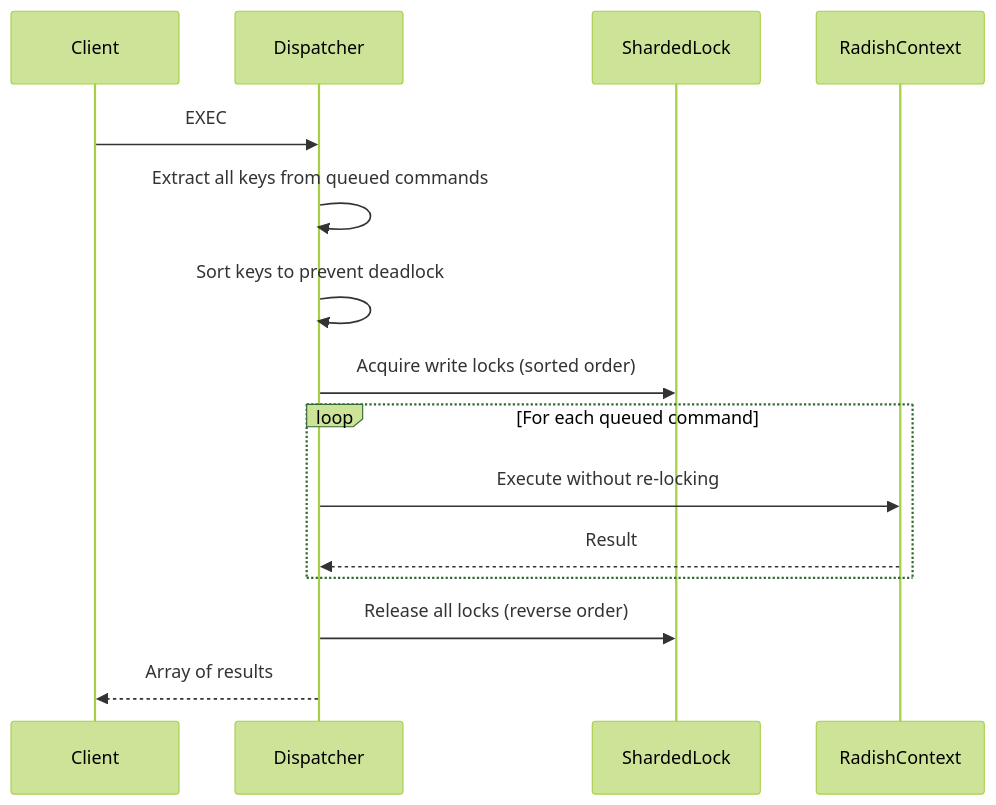
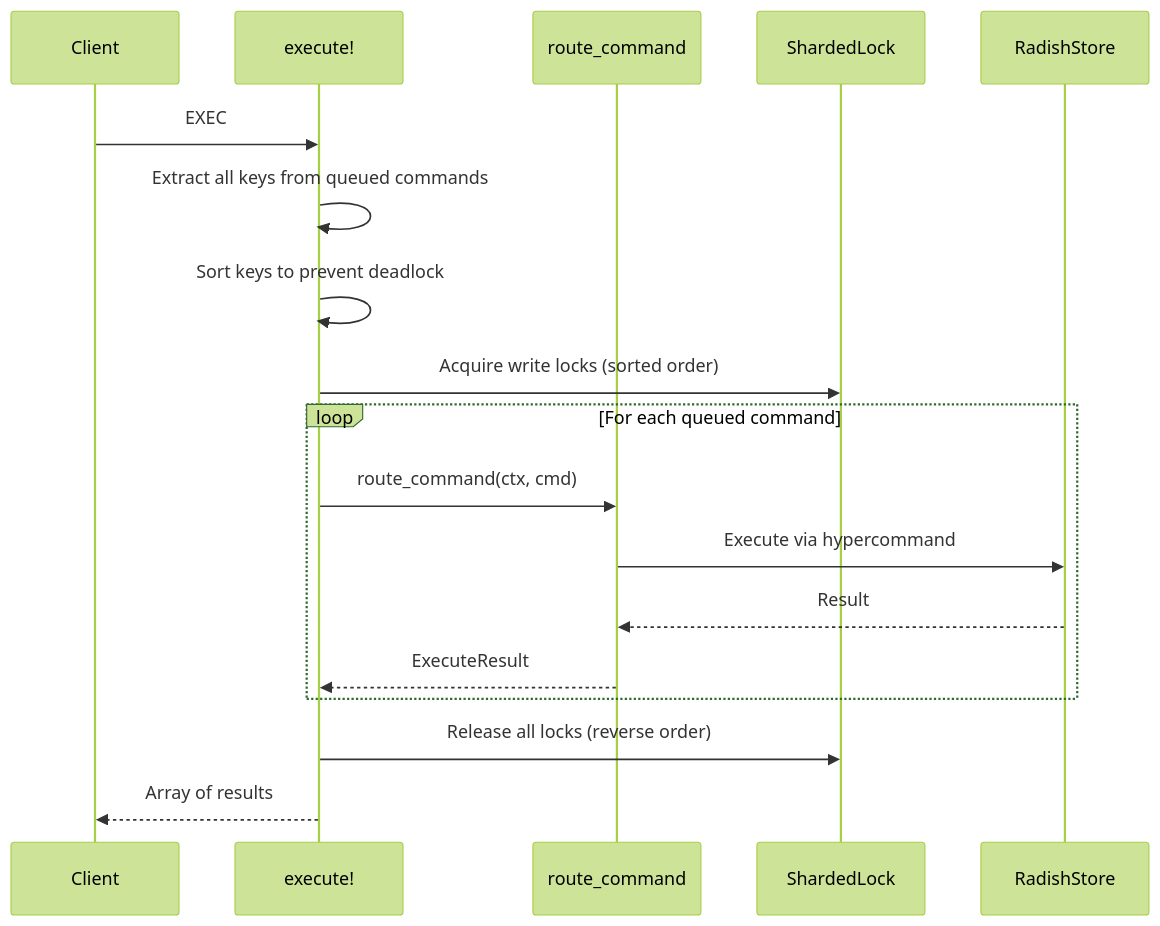
Before and after one commit to fabioscantamburlo/Radish: the diagram in docs/transactions.md, drawn with Mermaid (forest theme). The commit also changed other lines of this file and 77 other files, not shown here.

````diff
--- a/docs/transactions.md
+++ b/docs/transactions.md
@@ -108,20 +108,23 @@
 ```mermaid
 sequenceDiagram
     participant Client
-    participant Dispatcher
+    participant Dispatcher as execute!
+    participant Router as route_command
     participant Lock as ShardedLock
-    participant Context as RadishContext
+    participant Context as RadishStore
 
     Client->>Dispatcher: EXEC
     Dispatcher->>Dispatcher: Extract all keys from queued commands
     Dispatcher->>Dispatcher: Sort keys to prevent deadlock
     Dispatcher->>Lock: Acquire write locks (sorted order)
     
     loop For each queued command
-        Dispatcher->>Context: Execute without re-locking
-        Context-->>Dispatcher: Result
+        Dispatcher->>Router: route_command(ctx, cmd)
+        Router->>Context: Execute via hypercommand
+        Context-->>Router: Result
+        Router-->>Dispatcher: ExecuteResult
     end
     
     Dispatcher->>Lock: Release all locks (reverse order)
     Dispatcher-->>Client: Array of results
 ```
````
